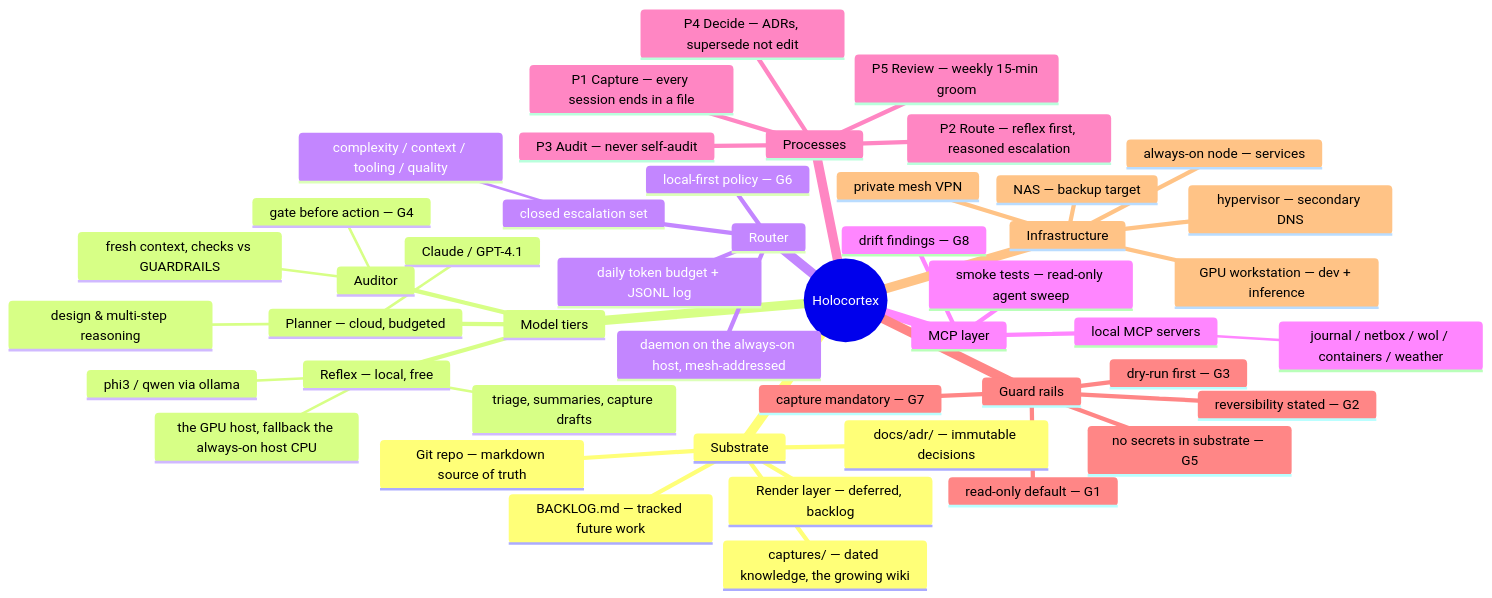
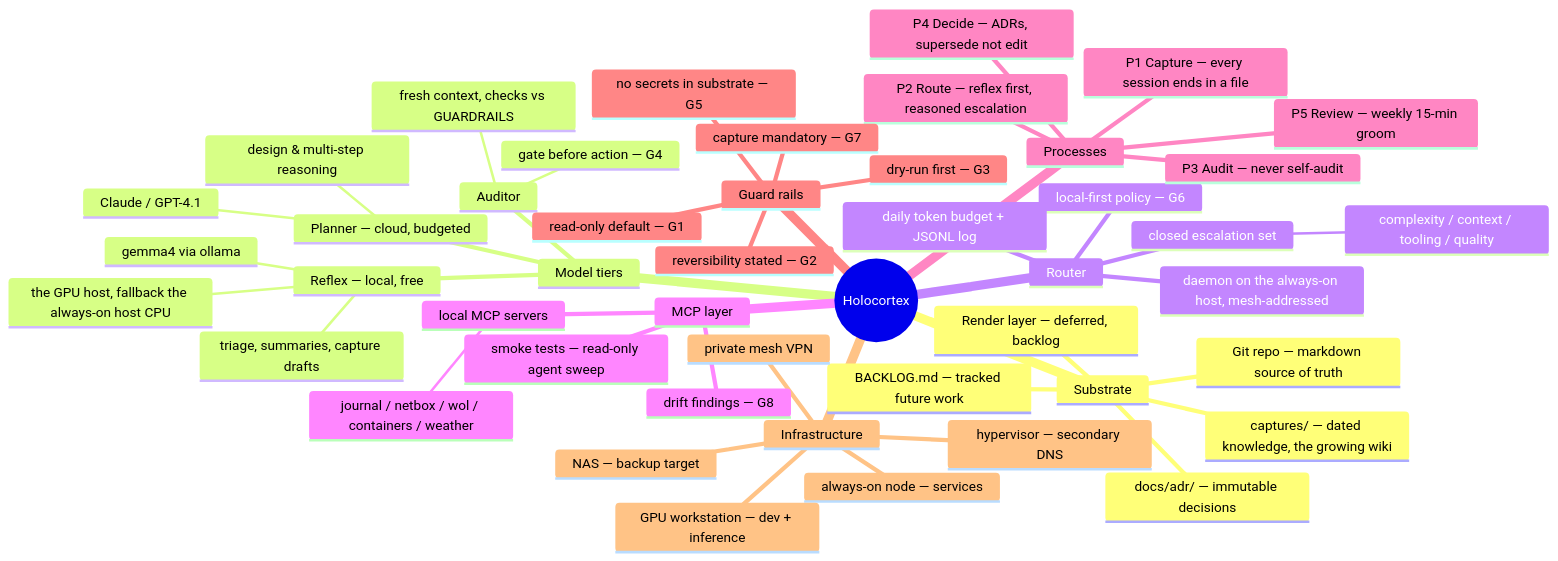
The diagram in docs/MINDMAP.md (holocortex-labs/holocortex), drawn with Mermaid before and after one commit. The commit also changed 11 other files, not shown here.

````diff
--- a/docs/MINDMAP.md
+++ b/docs/MINDMAP.md
@@ -5,50 +5,50 @@
 ```mermaid
 mindmap
   root((Holocortex))
     Substrate
       Git repo — markdown source of truth
       captures/ — dated knowledge, the growing wiki
       docs/adr/ — immutable decisions
       BACKLOG.md — tracked future work
       Render layer — deferred, backlog
     Model tiers
       Reflex — local, free
-        phi3 / qwen via ollama
+        gemma4 via ollama
         the GPU host, fallback the always-on host CPU
         triage, summaries, capture drafts
       Planner — cloud, budgeted
         Claude / GPT-4.1
         design & multi-step reasoning
       Auditor
         fresh context, checks vs GUARDRAILS
         gate before action — G4
     Router
       local-first policy — G6
       closed escalation set
         complexity / context / tooling / quality
       daily token budget + JSONL log
       daemon on the always-on host, mesh-addressed
     MCP layer
       local MCP servers
         journal / netbox / wol / containers / weather
       smoke tests — read-only agent sweep
       drift findings — G8
     Processes
       P1 Capture — every session ends in a file
       P2 Route — reflex first, reasoned escalation
       P3 Audit — never self-audit
       P4 Decide — ADRs, supersede not edit
       P5 Review — weekly 15-min groom
     Guard rails
       read-only default — G1
       reversibility stated — G2
       dry-run first — G3
       no secrets in substrate — G5
       capture mandatory — G7
     Infrastructure
       always-on node — services
       GPU workstation — dev + inference
       hypervisor — secondary DNS
       NAS — backup target
       private mesh VPN
 ```
````
